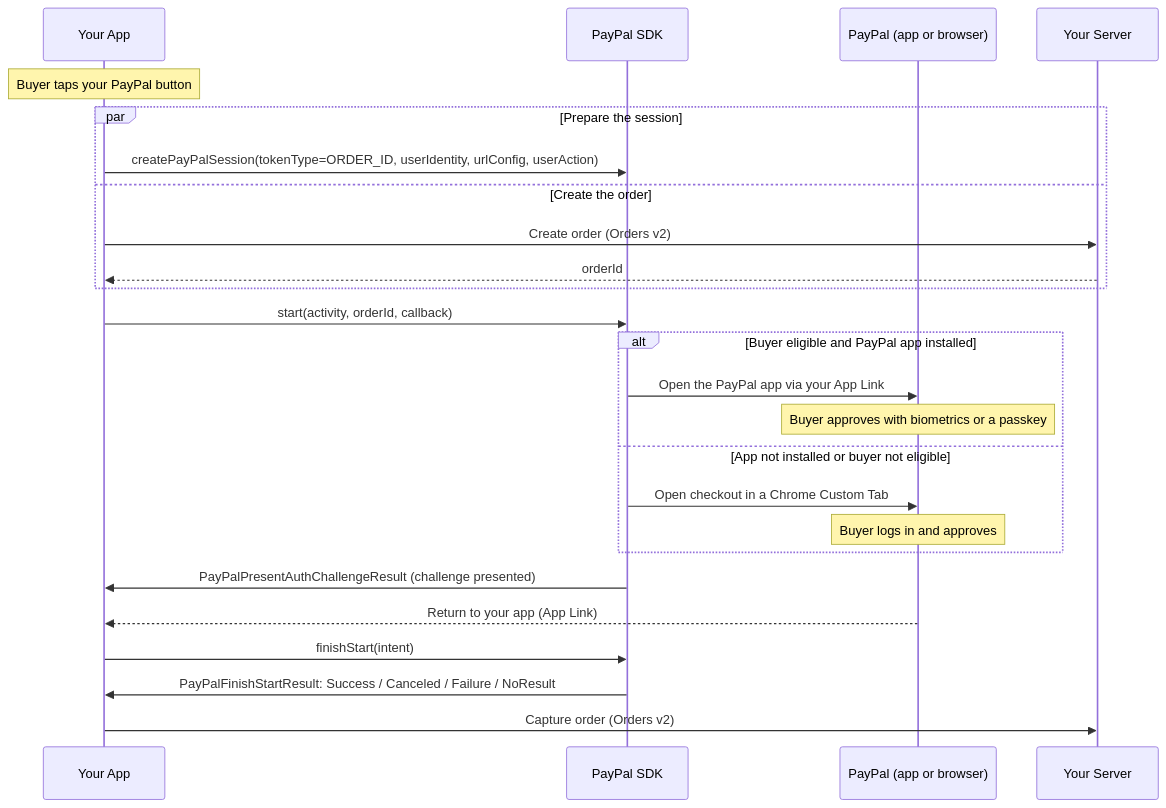
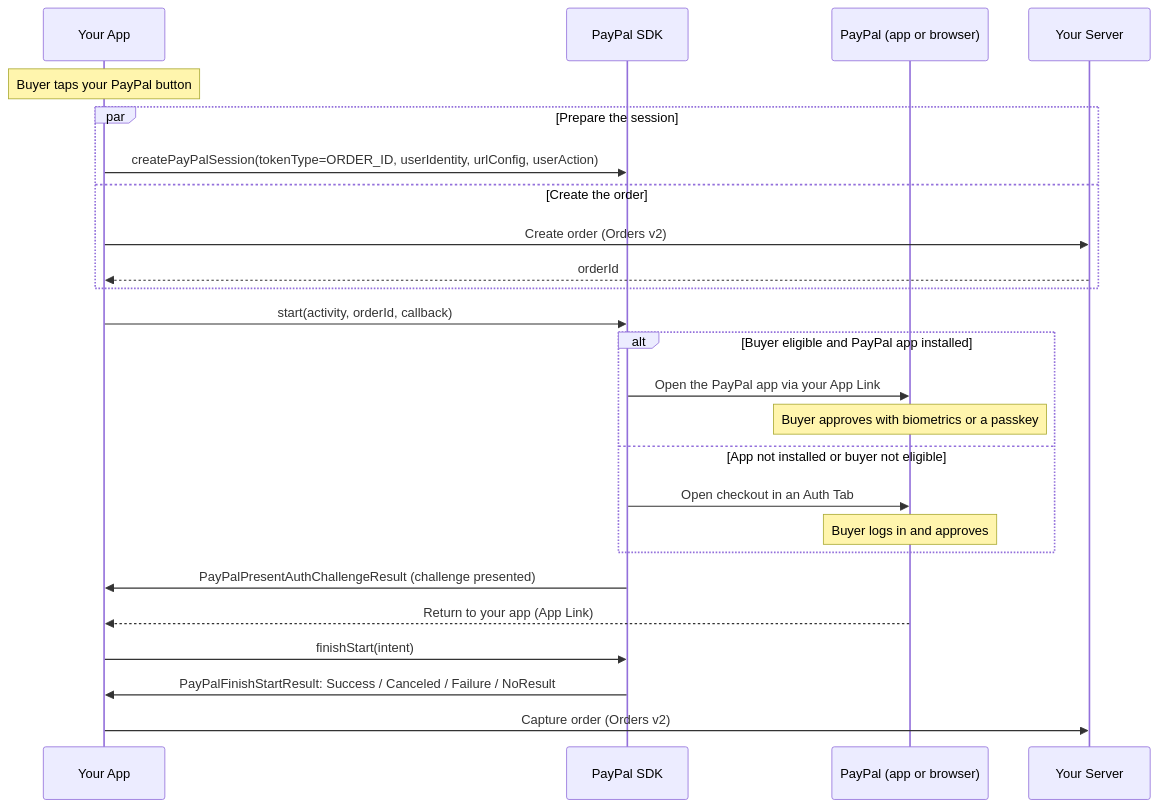
Before and after one commit to paypal/paypal-android: the diagram in Docs/integration-guides/android-paypal-checkout.md, drawn with Mermaid. The commit also changed other lines of this file and 20 other files, not shown here.

First line of the commit message:
feat(paypal): migrate PayPal web fallback from Chrome Custom Tabs to AndroidX Auth Tab

````diff
--- a/Docs/integration-guides/android-paypal-checkout.md
+++ b/Docs/integration-guides/android-paypal-checkout.md
@@ -15,28 +15,28 @@
 ```mermaid
 sequenceDiagram
     participant App as Your App
     participant SDK as PayPal SDK
     participant PayPal as PayPal (app or browser)
     participant Server as Your Server
 
     Note over App: Buyer taps your PayPal button
     par Prepare the session
         App->>SDK: createPayPalSession(tokenType=ORDER_ID, userIdentity, urlConfig, userAction)
     and Create the order
         App->>Server: Create order (Orders v2)
         Server-->>App: orderId
     end
     App->>SDK: start(activity, orderId, callback)
     alt Buyer eligible and PayPal app installed
         SDK->>PayPal: Open the PayPal app via your App Link
         Note over PayPal: Buyer approves with biometrics or a passkey
     else App not installed or buyer not eligible
-        SDK->>PayPal: Open checkout in a Chrome Custom Tab
+        SDK->>PayPal: Open checkout in an Auth Tab
         Note over PayPal: Buyer logs in and approves
     end
     SDK->>App: PayPalPresentAuthChallengeResult (challenge presented)
     PayPal-->>App: Return to your app (App Link)
     App->>SDK: finishStart(intent)
     SDK->>App: PayPalFinishStartResult: Success / Canceled / Failure / NoResult
     App->>Server: Capture order (Orders v2)
 ```
````
